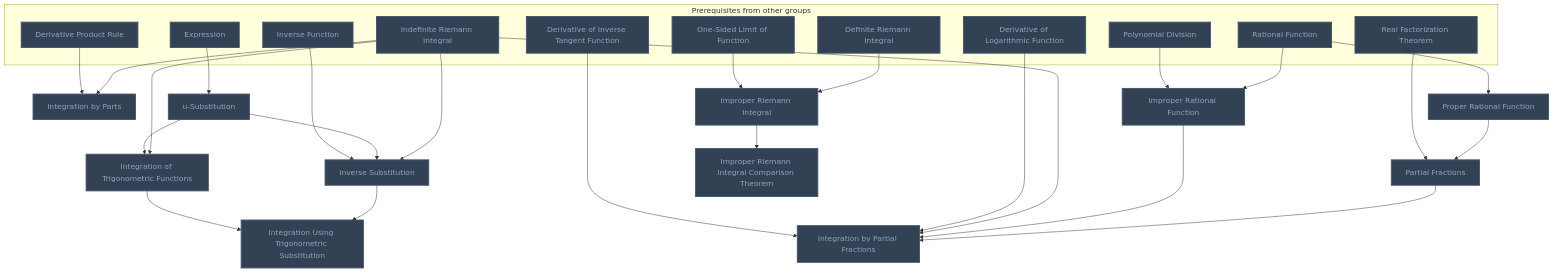
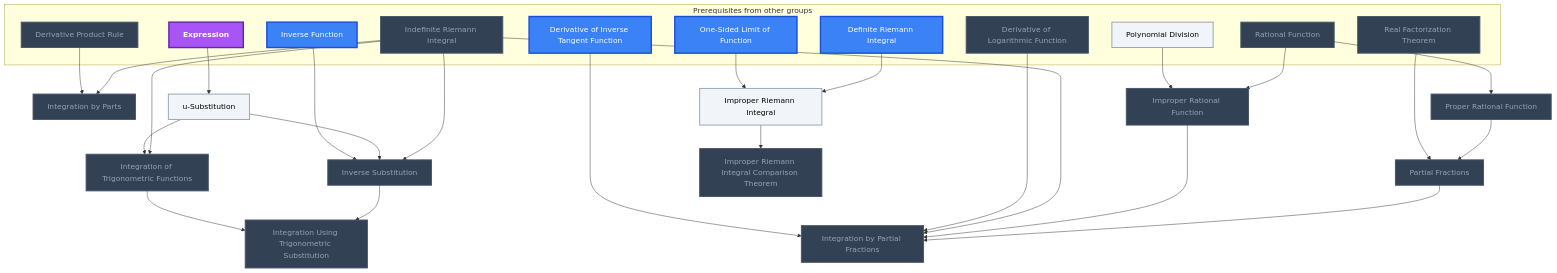
Before and after one commit to MRauf1/My-Notes: the sixth of 12 diagrams in Gamification/Skill Trees/Calculus.md, drawn with Mermaid. The commit also changed other lines of this file and 156 other files, not shown here.

````diff
--- a/Gamification/Skill Trees/Calculus.md
+++ b/Gamification/Skill Trees/Calculus.md
@@ -543,61 +556,64 @@
 ```mermaid
 flowchart TD
     classDef planned fill:#1E293B,stroke:#64748B,stroke-width:2px,stroke-dasharray:5 5,color:#94A3B8;
     classDef locked fill:#334155,stroke:#475569,stroke-width:2px,color:#94A3B8;
     classDef L0 fill:#F1F5F9,stroke:#94A3B8,stroke-width:2px,color:#000000;
     classDef L1 fill:#22C55E,stroke:#15803D,stroke-width:2px,color:#000000;
     classDef L2 fill:#3B82F6,stroke:#1D4ED8,stroke-width:3px,color:#FFFFFF;
     classDef L3 fill:#A855F7,stroke:#6B21A8,stroke-width:3px,color:#FFFFFF,font-weight:bold;
     classDef L4 fill:#F97316,stroke:#C2410C,stroke-width:4px,color:#000000,font-weight:bold;
     classDef L5 fill:#FFD700,stroke:#FF8C00,stroke-width:5px,color:#000000,font-weight:bold;
     classDef rusty stroke:#8B4513,stroke-width:4px,stroke-dasharray:3 3;
     subgraph sg_prereqs["Prerequisites from other groups"]
         n_derivative_product_rule["Derivative Product Rule"]
         n_indefinite_riemann_integral["Indefinite Riemann Integral"]
         n_inverse_function["Inverse Function"]
         n_derivative_of_inverse_tangent_function["Derivative of Inverse Tangent Function"]
         n_derivative_of_logarithmic_function["Derivative of Logarithmic Function"]
         n_rational_function["Rational Function"]
         n_polynomial_division["Polynomial Division"]
         n_real_factorization_theorem["Real Factorization Theorem"]
         n_one_sided_limit_of_function["One-Sided Limit of Function"]
         n_definite_riemann_integral["Definite Riemann Integral"]
         n_expression["Expression"]
     end
     n_integration_by_parts["Integration by Parts"]
     n_integration_of_trigonometric_functions["Integration of Trigonometric Functions"]
     n_inverse_substitution["Inverse Substitution"]
     n_integration_using_trigonometric_substitution["Integration Using Trigonometric Substitution"]
     n_integration_by_partial_fractions["Integration by Partial Fractions"]
     n_proper_rational_function["Proper Rational Function"]
     n_improper_rational_function["Improper Rational Function"]
     n_partial_fractions["Partial Fractions"]
     n_improper_riemann_integral["Improper Riemann Integral"]
     n_improper_riemann_integral_comparison_theorem["Improper Riemann Integral Comparison Theorem"]
     n_u_substitution["u-Substitution"]
     n_derivative_product_rule --> n_integration_by_parts
     n_indefinite_riemann_integral --> n_integration_by_parts
     n_u_substitution --> n_integration_of_trigonometric_functions
     n_indefinite_riemann_integral --> n_integration_of_trigonometric_functions
     n_inverse_function --> n_inverse_substitution
     n_u_substitution --> n_inverse_substitution
     n_indefinite_riemann_integral --> n_inverse_substitution
     n_integration_of_trigonometric_functions --> n_integration_using_trigonometric_substitution
     n_inverse_substitution --> n_integration_using_trigonometric_substitution
     n_derivative_of_inverse_tangent_function --> n_integration_by_partial_fractions
     n_derivative_of_logarithmic_function --> n_integration_by_partial_fractions
     n_indefinite_riemann_integral --> n_integration_by_partial_fractions
     n_improper_rational_function --> n_integration_by_partial_fractions
     n_partial_fractions --> n_integration_by_partial_fractions
     n_rational_function --> n_proper_rational_function
     n_polynomial_division --> n_improper_rational_function
     n_rational_function --> n_improper_rational_function
     n_real_factorization_theorem --> n_partial_fractions
     n_proper_rational_function --> n_partial_fractions
     n_one_sided_limit_of_function --> n_improper_riemann_integral
     n_definite_riemann_integral --> n_improper_riemann_integral
     n_improper_riemann_integral --> n_improper_riemann_integral_comparison_theorem
     n_expression --> n_u_substitution
-    class n_derivative_product_rule,n_indefinite_riemann_integral,n_inverse_function,n_derivative_of_inverse_tangent_function,n_derivative_of_logarithmic_function,n_rational_function,n_polynomial_division,n_real_factorization_theorem,n_one_sided_limit_of_function,n_definite_riemann_integral,n_expression,n_integration_by_parts,n_integration_of_trigonometric_functions,n_inverse_substitution,n_integration_using_trigonometric_substitution,n_integration_by_partial_fractions,n_proper_rational_function,n_improper_rational_function,n_partial_fractions,n_improper_riemann_integral,n_improper_riemann_integral_comparison_theorem,n_u_substitution locked;
+    class n_derivative_product_rule,n_indefinite_riemann_integral,n_derivative_of_logarithmic_function,n_rational_function,n_real_factorization_theorem,n_integration_by_parts,n_integration_of_trigonometric_functions,n_inverse_substitution,n_integration_using_trigonometric_substitution,n_integration_by_partial_fractions,n_proper_rational_function,n_improper_rational_function,n_partial_fractions,n_improper_riemann_integral_comparison_theorem locked;
+    class n_polynomial_division,n_improper_riemann_integral,n_u_substitution L0;
+    class n_inverse_function,n_derivative_of_inverse_tangent_function,n_one_sided_limit_of_function,n_definite_riemann_integral L2;
+    class n_expression L3;
     class n_derivative_product_rule,n_indefinite_riemann_integral,n_inverse_function,n_derivative_of_inverse_tangent_function,n_derivative_of_logarithmic_function,n_rational_function,n_polynomial_division,n_real_factorization_theorem,n_one_sided_limit_of_function,n_definite_riemann_integral,n_expression,n_integration_by_parts,n_integration_of_trigonometric_functions,n_inverse_substitution,n_integration_using_trigonometric_substitution,n_integration_by_partial_fractions,n_proper_rational_function,n_improper_rational_function,n_partial_fractions,n_improper_riemann_integral,n_improper_riemann_integral_comparison_theorem,n_u_substitution internal-link;
 ```
````
